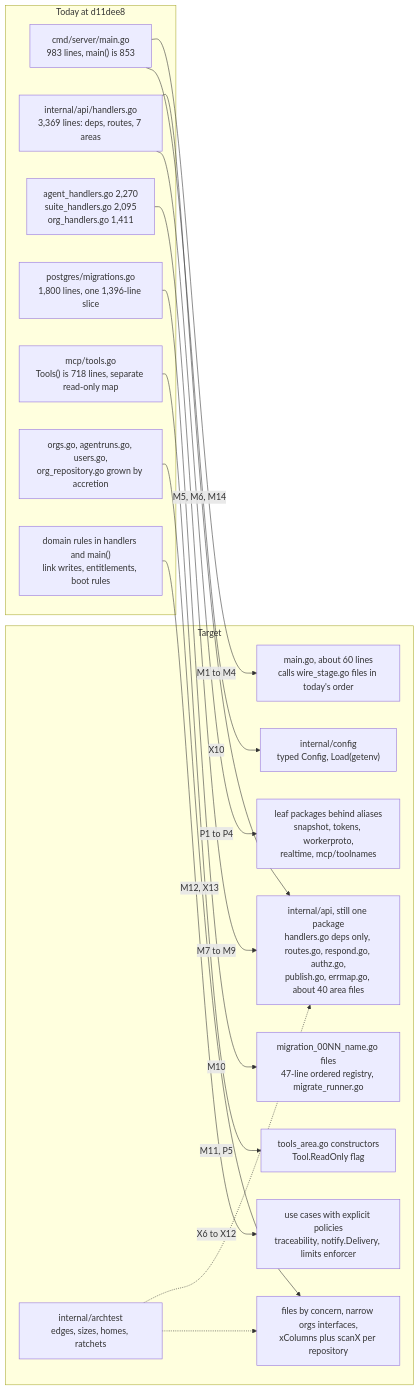
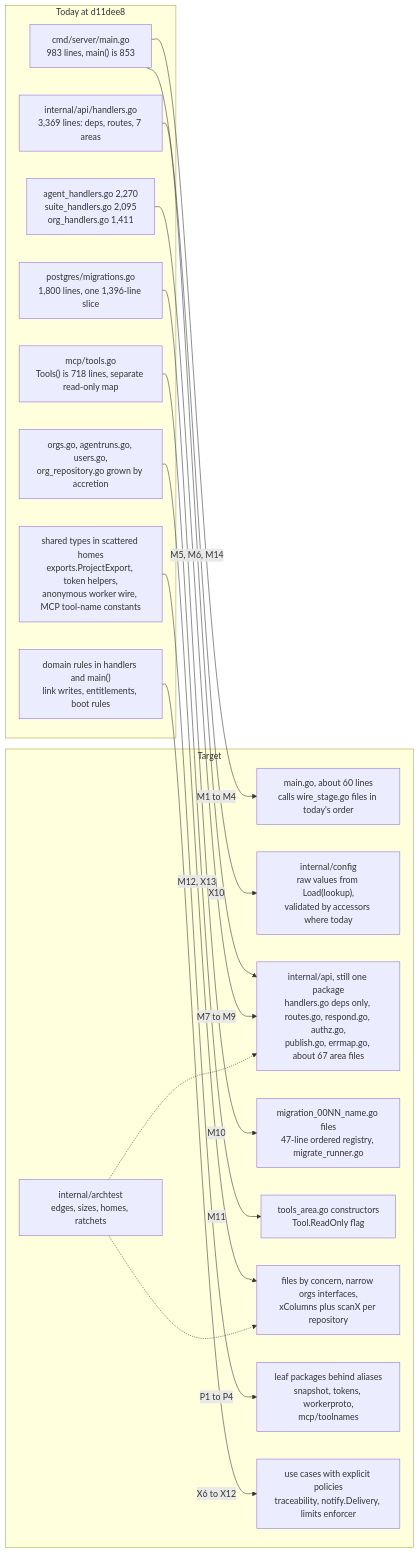
Before and after one commit to desktopmachineshop/OpenV: the first of 6 diagrams in docs/plans/codebase-refactor.md, drawn with Mermaid. The commit also changed other lines of this file and 6 other files, not shown here.

````diff
--- a/docs/plans/codebase-refactor.md
+++ b/docs/plans/codebase-refactor.md
@@ -265,34 +295,35 @@
 ```mermaid
 flowchart LR
   subgraph NOW["Today at d11dee8"]
     n_main["cmd/server/main.go<br/>983 lines, main() is 853"]
     n_hub["internal/api/handlers.go<br/>3,369 lines: deps, routes, 7 areas"]
     n_god["agent_handlers.go 2,270<br/>suite_handlers.go 2,095<br/>org_handlers.go 1,411"]
     n_mig["postgres/migrations.go<br/>1,800 lines, one 1,396-line slice"]
     n_mcp["mcp/tools.go<br/>Tools() is 718 lines, separate read-only map"]
     n_dom["orgs.go, agentruns.go, users.go,<br/>org_repository.go grown by accretion"]
     n_rules["domain rules in handlers and main()<br/>link writes, entitlements, boot rules"]
+    n_shared["shared types in scattered homes<br/>exports.ProjectExport, token helpers,<br/>anonymous worker wire, MCP tool-name constants"]
   end
   subgraph NEXT["Target"]
     t_main["main.go, about 60 lines<br/>calls wire_stage.go files in today's order"]
-    t_cfg["internal/config<br/>typed Config, Load(getenv)"]
-    t_api["internal/api, still one package<br/>handlers.go deps only, routes.go, respond.go, authz.go,<br/>publish.go, errmap.go, about 40 area files"]
+    t_cfg["internal/config<br/>raw values from Load(lookup),<br/>validated by accessors where today"]
+    t_api["internal/api, still one package<br/>handlers.go deps only, routes.go, respond.go, authz.go,<br/>publish.go, errmap.go, about 67 area files"]
     t_mig["migration_00NN_name.go files<br/>47-line ordered registry, migrate_runner.go"]
     t_mcp["tools_area.go constructors<br/>Tool.ReadOnly flag"]
     t_dom["files by concern, narrow orgs interfaces,<br/>xColumns plus scanX per repository"]
-    t_leaf["leaf packages behind aliases<br/>snapshot, tokens, workerproto,<br/>realtime, mcp/toolnames"]
+    t_leaf["leaf packages behind aliases<br/>snapshot, tokens, workerproto,<br/>mcp/toolnames"]
     t_uc["use cases with explicit policies<br/>traceability, notify.Delivery, limits enforcer"]
     t_arch["internal/archtest<br/>edges, sizes, homes, ratchets"]
   end
   n_main -->|"M1 to M4"| t_main
   n_main -->|"X10"| t_cfg
   n_hub -->|"M5, M6, M14"| t_api
   n_god -->|"M7 to M9"| t_api
   n_mig -->|"M10"| t_mig
-  n_mcp -->|"M11, P5"| t_mcp
+  n_mcp -->|"M11"| t_mcp
   n_dom -->|"M12, X13"| t_dom
-  n_hub -->|"P1 to P4"| t_leaf
+  n_shared -->|"P1 to P4"| t_leaf
   n_rules -->|"X6 to X12"| t_uc
   t_arch -.-> t_api
   t_arch -.-> t_dom
 ```
````
